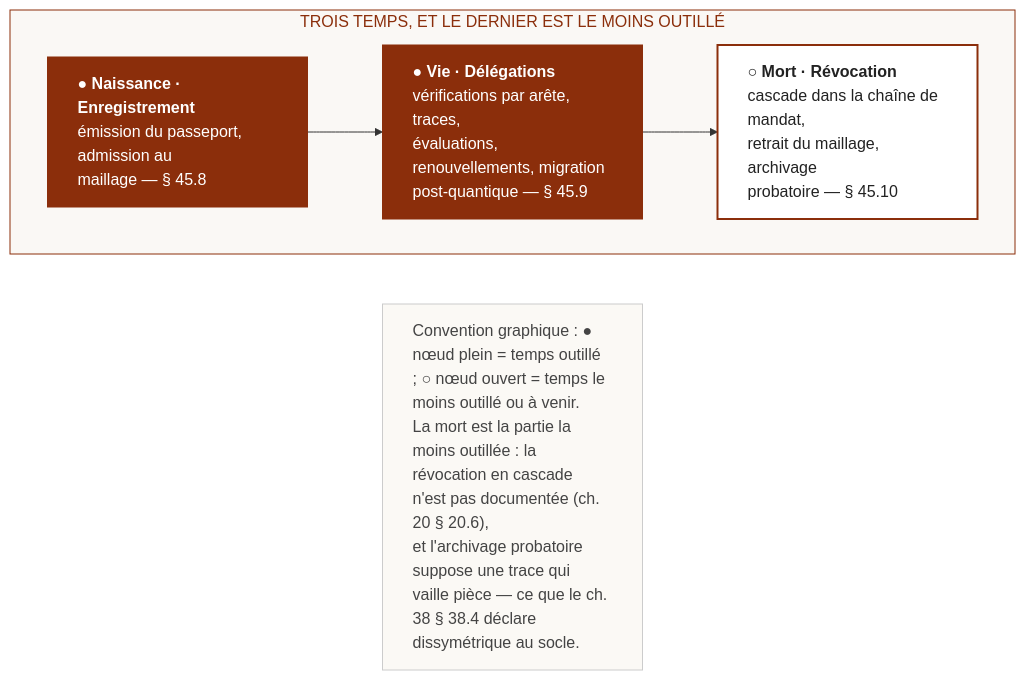
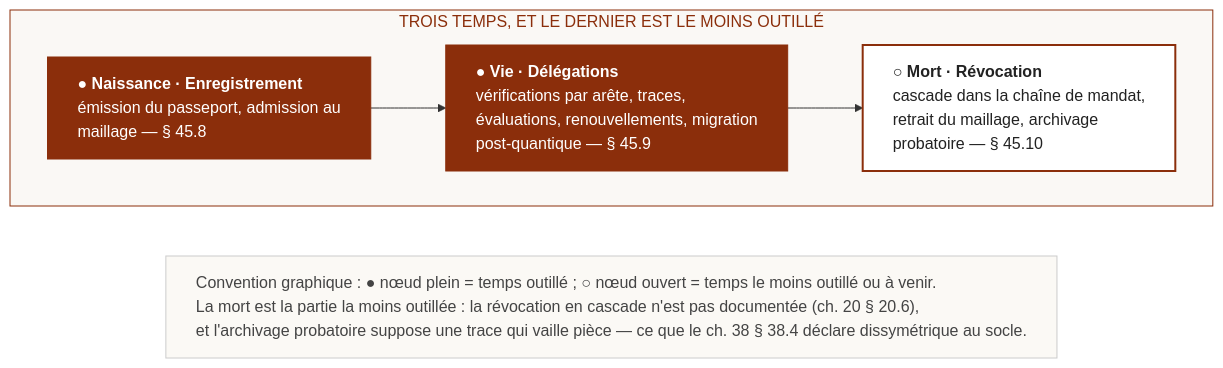
The diagram in 1 - Compendium 2026/Diagrammes/Figure-45.2 - Naissance, vie et mort d'un agent d'entreprise.mmd (agbruneau/Agentique), drawn with Mermaid before and after one commit. The commit also changed 254 other files, not shown here.

First line of the commit message:
Audit approfondi et correction des Markdown et des 287 diagrammes des 6 ouvrages

```diff
--- a/1 - Compendium 2026/Diagrammes/Figure-45.2 - Naissance, vie et mort d'un agent d'entreprise.mmd
+++ b/1 - Compendium 2026/Diagrammes/Figure-45.2 - Naissance, vie et mort d'un agent d'entreprise.mmd
@@ -1,20 +1,21 @@
 %% Figure 45.2 — Naissance, vie et mort d'un agent d'entreprise
+%%{init: {'flowchart': {'wrappingWidth': 1150}}}%%
 flowchart TB
     subgraph FRISE["TROIS TEMPS, ET LE DERNIER EST LE MOINS OUTILLÉ"]
         direction LR
         T1["<b>● Naissance · Enregistrement</b><br/>émission du passeport, admission au<br/>maillage — § 45.8"]
         T2["<b>● Vie · Délégations</b><br/>vérifications par arête, traces,<br/>évaluations, renouvellements, migration<br/>post-quantique — § 45.9"]
         T3["<b>○ Mort · Révocation</b><br/>cascade dans la chaîne de mandat,<br/>retrait du maillage, archivage<br/>probatoire — § 45.10"]
         T1 --> T2 --> T3
     end
 
     NOTE["Convention graphique : ● nœud plein = temps outillé ; ○ nœud ouvert = temps le moins outillé ou à venir.<br/>La mort est la partie la moins outillée : la révocation en cascade n'est pas documentée (ch. 20 § 20.6),<br/>et l'archivage probatoire suppose une trace qui vaille pièce — ce que le ch. 38 § 38.4 déclare dissymétrique au socle."]
     FRISE ~~~ NOTE
 
     classDef plein fill:#8B2E0B,stroke:#8B2E0B,color:#FFFFFF,text-align:left
     classDef ouvert fill:#FFFFFF,stroke:#8B2E0B,stroke-width:2px,color:#222222,text-align:left
     classDef note fill:#FBF9F5,stroke:#CCCCCC,color:#444444,text-align:left
     class T1,T2 plein
     class T3 ouvert
     class NOTE note
     style FRISE fill:#FAF8F5,stroke:#8B2E0B,color:#8B2E0B
```
